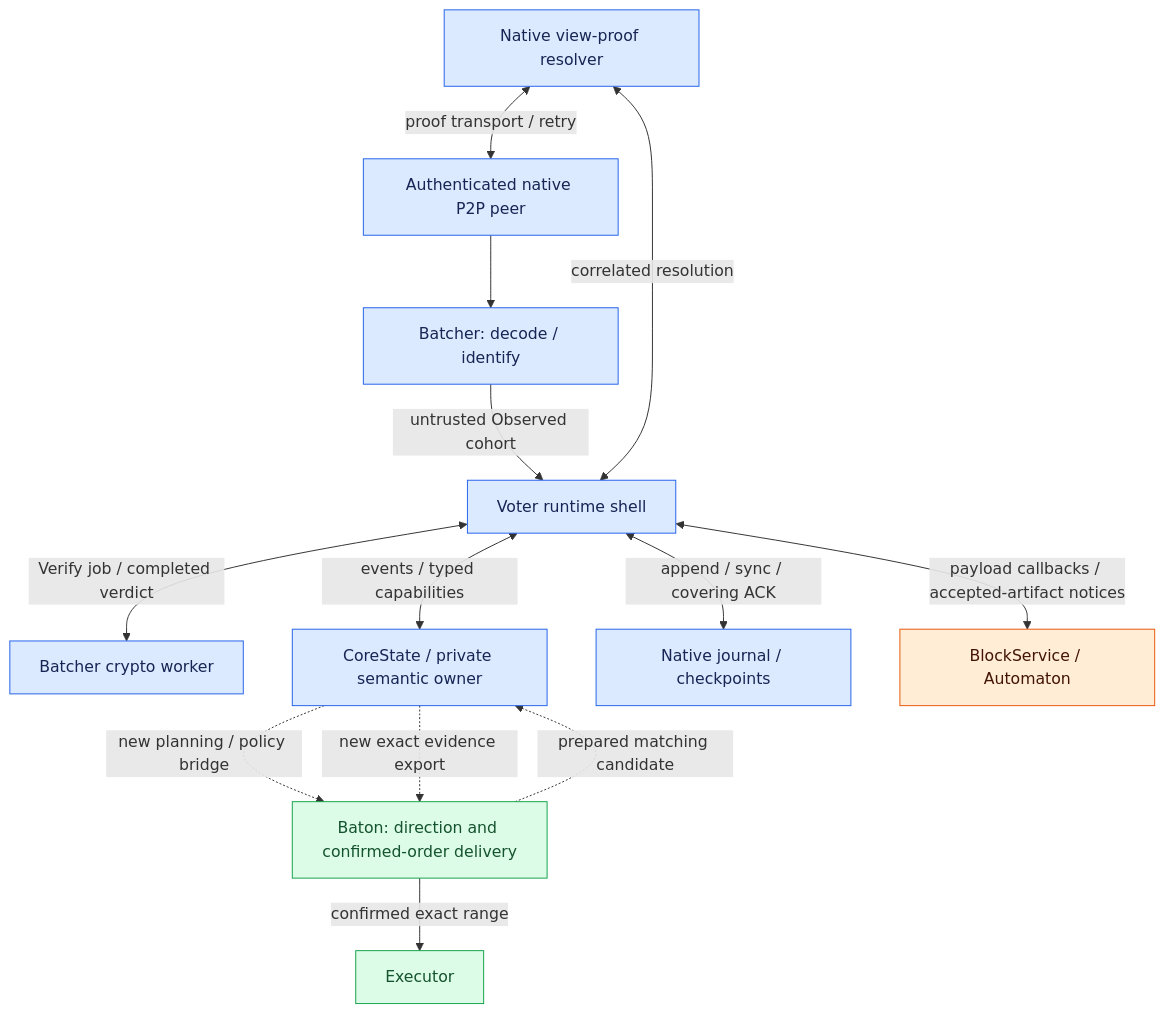
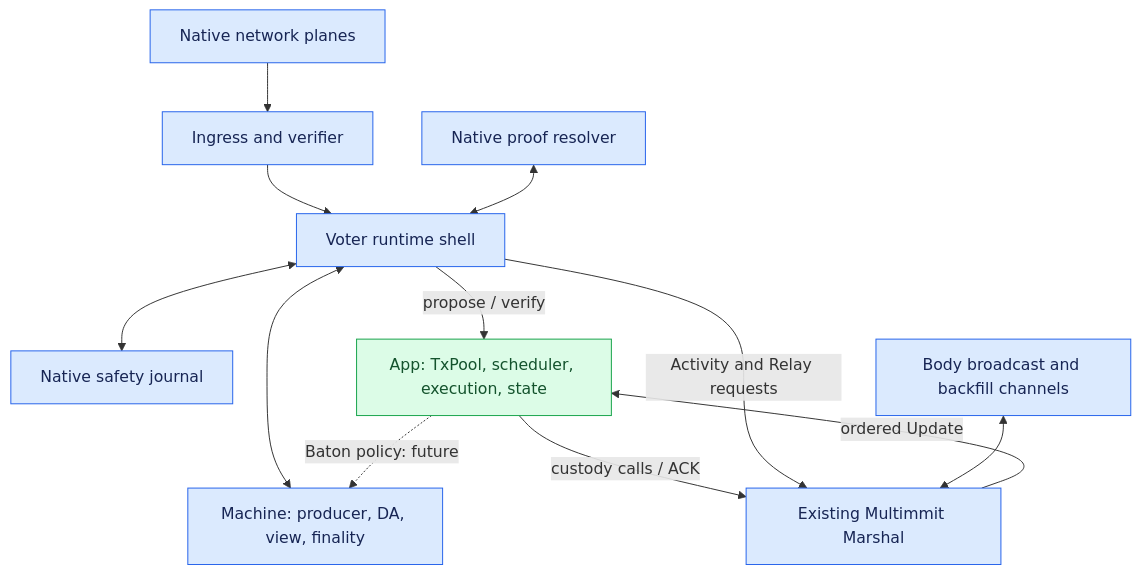
The diagram in docs/consensus/README.md (djm07073/baton-research), drawn with Mermaid before and after one commit. The commit also changed other lines of this file and 292 other files, not shown here.

Commit message:
docs: redesign Baton around App-owned scheduling

````diff
--- a/docs/consensus/README.md
+++ b/docs/consensus/README.md
@@ -17,21 +23,18 @@
 ```mermaid
 flowchart TB
-    W[Authenticated native P2P peer] --> B[Batcher: decode / identify]
-    B -->|untrusted Observed cohort| V[Voter runtime shell]
-    V <-->|Verify job / completed verdict| K[Batcher crypto worker]
-    R[Native view-proof resolver] <-->|proof transport / retry| W
-    R <-->|correlated resolution| V
-    V <-->|events / typed capabilities| C[CoreState / private semantic owner]
-    V <-->|append / sync / covering ACK| J[Native journal / checkpoints]
-    V <-->|payload callbacks / accepted-artifact notices| A[BlockService / Automaton]
-    C -. new planning / policy bridge .-> P[Baton: direction and confirmed-order delivery]
-    P -. prepared matching candidate .-> C
-    C -. new exact evidence export .-> P
-    P -->|confirmed exact range| E[Executor]
+    N[Native network planes] --> I[Ingress and verifier]
+    I --> V[Voter runtime shell]
+    R[Native proof resolver] <--> V
+    V <--> M[Machine: producer, DA, view, finality]
+    V <--> J[Native safety journal]
+    V -->|propose / verify| A[App: TxPool, scheduler, execution, state]
+    A -->|custody calls / ACK| S[Existing Multimmit Marshal]
+    V -->|Activity and Relay requests| S
+    B[Body broadcast and backfill channels] <--> S
+    S -->|ordered Update| A
+    A -. Baton policy: future .-> M
     classDef reuse fill:#dbeafe,stroke:#2563eb,color:#172554;
-    classDef adapt fill:#ffedd5,stroke:#ea580c,color:#431407;
-    classDef fresh fill:#dcfce7,stroke:#16a34a,color:#14532d;
-    class W,B,K,V,R,C,J reuse;
-    class A adapt;
-    class P,E fresh;
+    classDef app fill:#dcfce7,stroke:#16a34a,color:#14532d;
+    class N,I,V,R,M,J,S,B reuse;
+    class A app;
 ```
````
